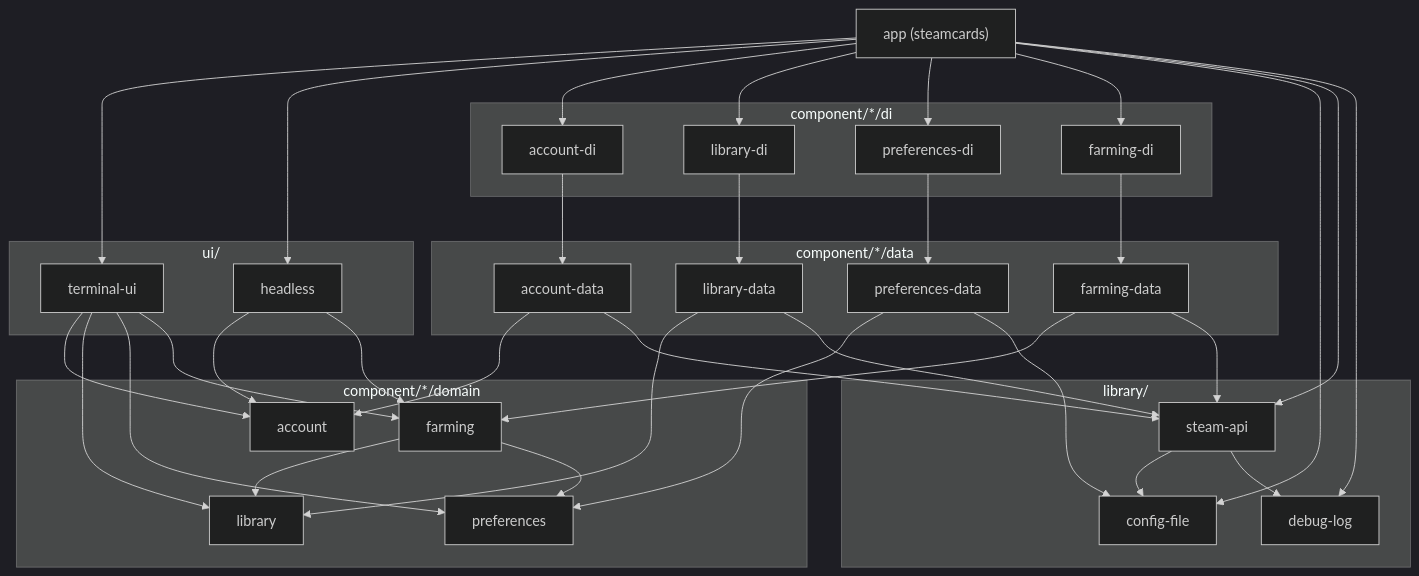
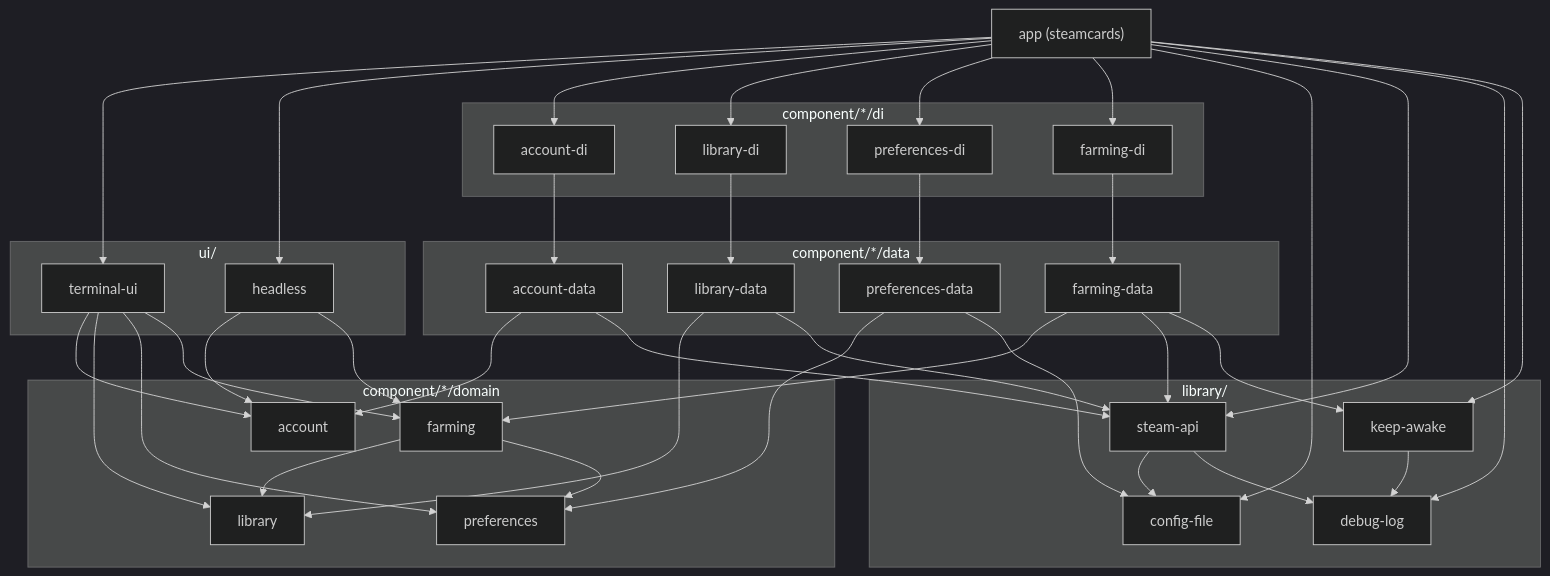
Before and after one commit to joshgallantt/steamcards: the diagram in docs/architecture.md, drawn with Mermaid (dark theme). The commit also changed other lines of this file and 16 other files, not shown here.

First line of the commit message:
Keep the computer awake while games play

````diff
--- a/docs/architecture.md
+++ b/docs/architecture.md
@@ -203,50 +204,52 @@
 ```mermaid
 graph TD
     APP["app (steamcards)"]
 
     subgraph UI["ui/"]
         TUI[terminal-ui]
         HL[headless]
     end
 
     subgraph DI["component/*/di"]
         ADI[account-di]
         LDI[library-di]
         PDI[preferences-di]
         FDI[farming-di]
     end
 
     subgraph DATA["component/*/data"]
         AD[account-data]
         LD[library-data]
         PD[preferences-data]
         FD[farming-data]
     end
 
     subgraph DOMAIN["component/*/domain"]
         ACC[account]
         LIB[library]
         PREF[preferences]
         FARM[farming]
     end
 
     subgraph LIBS["library/"]
         SA[steam-api]
         CF[config-file]
         DL[debug-log]
+        KA[keep-awake]
     end
 
-    APP --> TUI & HL & ADI & LDI & PDI & FDI & CF & SA & DL
+    APP --> TUI & HL & ADI & LDI & PDI & FDI & CF & SA & DL & KA
     TUI --> ACC & LIB & PREF & FARM
     HL --> ACC & FARM
     ADI --> AD
     LDI --> LD
     PDI --> PD
     FDI --> FD
     AD --> ACC & SA
     LD --> LIB & SA
     PD --> PREF & CF
-    FD --> FARM & SA
+    FD --> FARM & SA & KA
     FARM --> LIB & PREF
     SA --> CF & DL
+    KA --> DL
 ```
````
